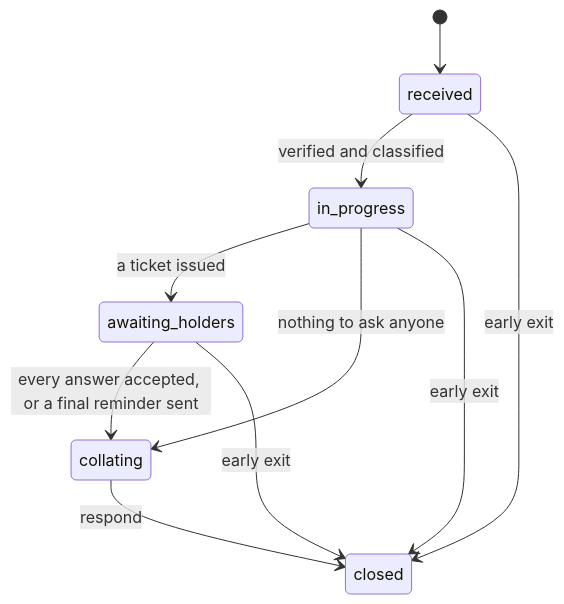
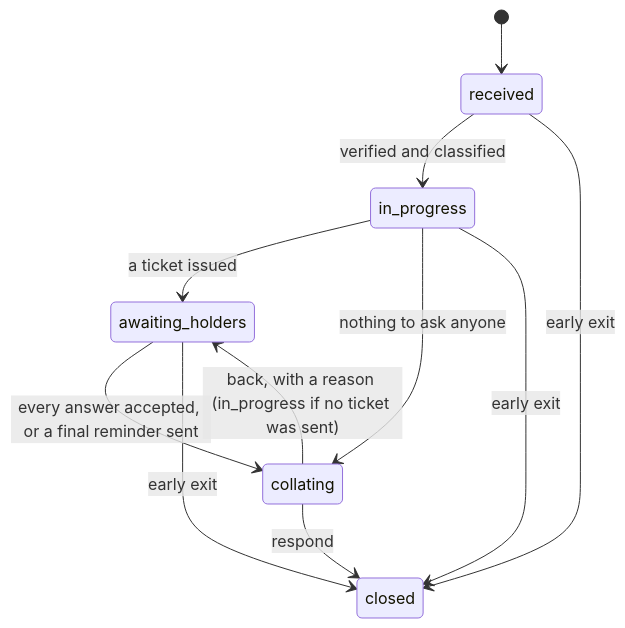
The diagram in docs/domain/rights-requests.md (pranaldongare/COMPASS_CMP), drawn with Mermaid before and after one commit. The commit also changed other lines of this file and 49 other files, not shown here.

````diff
--- a/docs/domain/rights-requests.md
+++ b/docs/domain/rights-requests.md
@@ -81,12 +81,13 @@
 ```mermaid
 stateDiagram-v2
   [*] --> received
   received --> in_progress: verified and classified
   in_progress --> awaiting_holders: a ticket issued
   in_progress --> collating: nothing to ask anyone
   awaiting_holders --> collating: every answer accepted, or a final reminder sent
   collating --> closed: respond
+  collating --> awaiting_holders: back, with a reason (in_progress if no ticket was sent)
   received --> closed: early exit
   in_progress --> closed: early exit
   awaiting_holders --> closed: early exit
 ```
````
